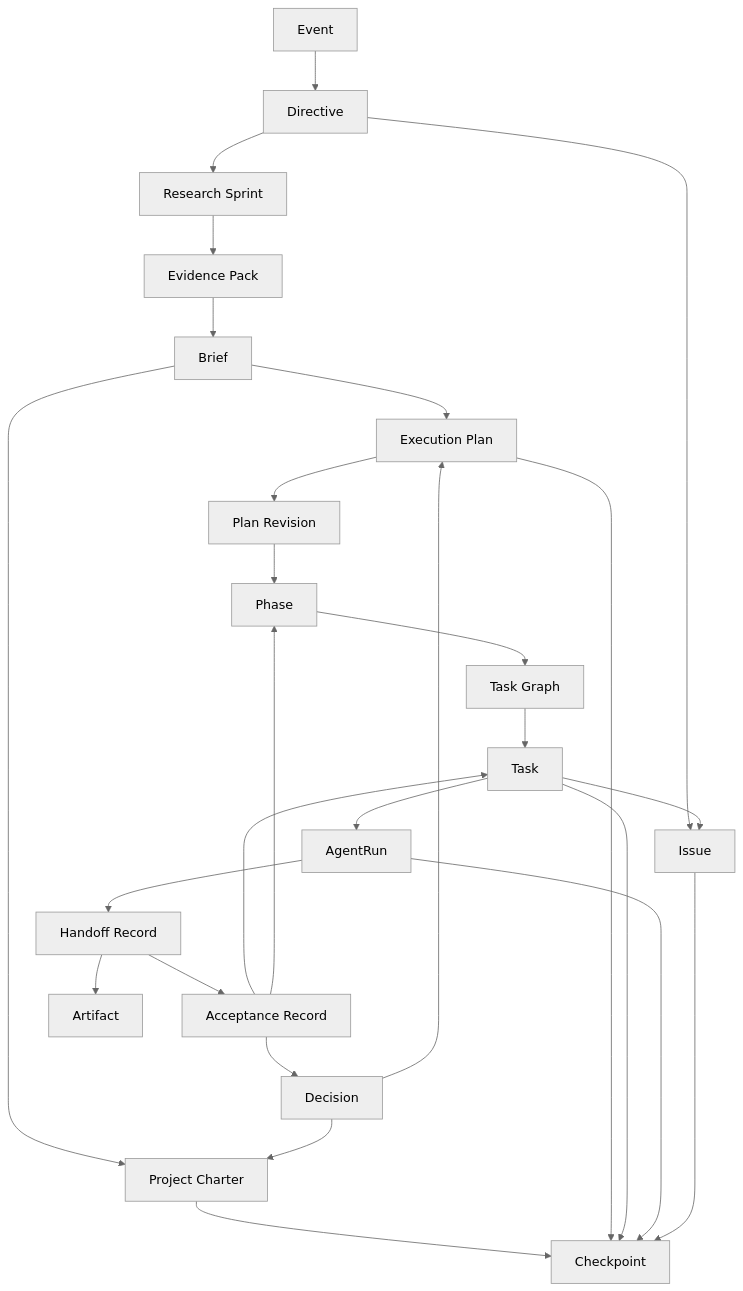
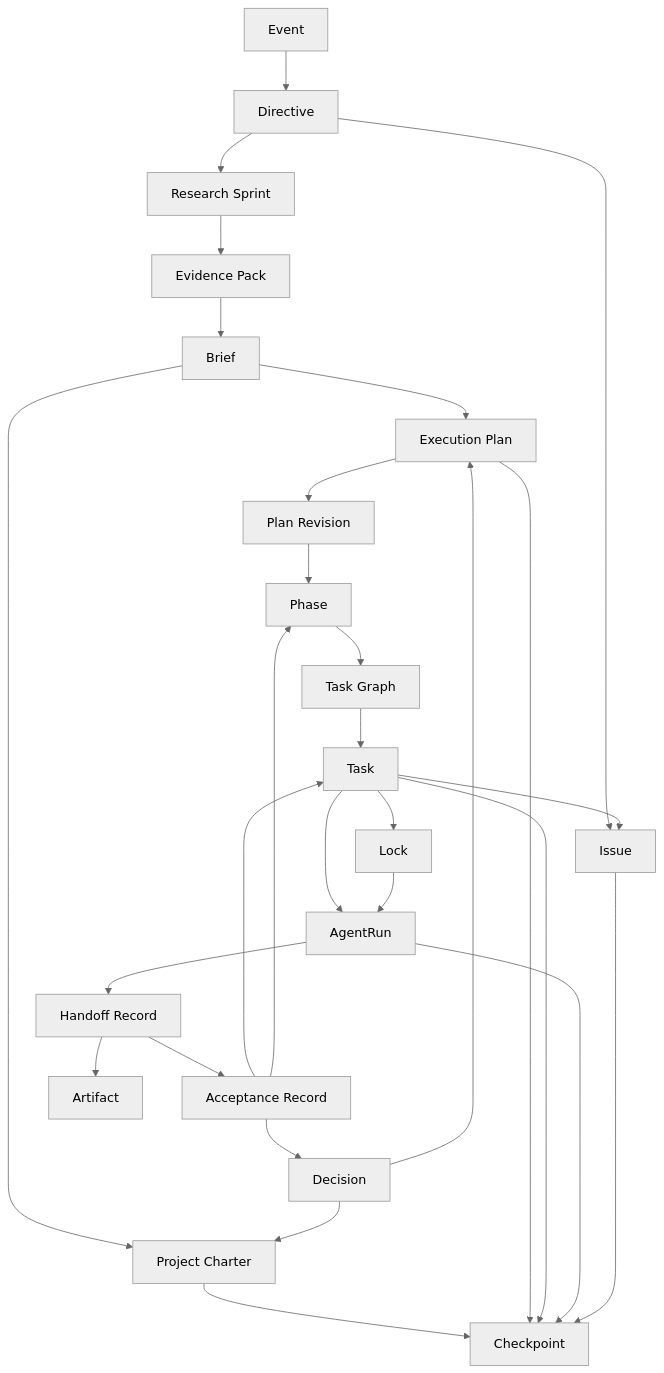
One commit to leeson1/Hive-Design changed the diagram in docs/03-state-model/01-核心对象模型.md. Above: the diagram before and after it, drawn with Mermaid (neutral theme). The commit also changed other lines of this file and 20 other files, not shown here.

Commit message:
docs: tighten reference architecture boundaries

````diff
--- a/docs/03-state-model/01-核心对象模型.md
+++ b/docs/03-state-model/01-核心对象模型.md
@@ -57,33 +59,35 @@
 ```mermaid
 flowchart TD
     EV["Event"] --> D["Directive"]
     D --> RS["Research Sprint"]
     RS --> EPK["Evidence Pack"]
     EPK --> B["Brief"]
     B --> C["Project Charter"]
     B --> E["Execution Plan"]
     E --> PR["Plan Revision"]
     PR --> P["Phase"]
     P --> TG["Task Graph"]
     TG --> T["Task"]
 
+    T --> L["Lock"]
     T --> R["AgentRun"]
+    L --> R
     R --> H["Handoff Record"]
     H --> A["Acceptance Record"]
     H --> F["Artifact"]
 
     A --> T
     A --> P
 
     D --> I["Issue"]
     T --> I
     A --> X["Decision"]
     X --> C
     X --> E
 
     C --> K["Checkpoint"]
     E --> K
     T --> K
     R --> K
     I --> K
 ```
````
